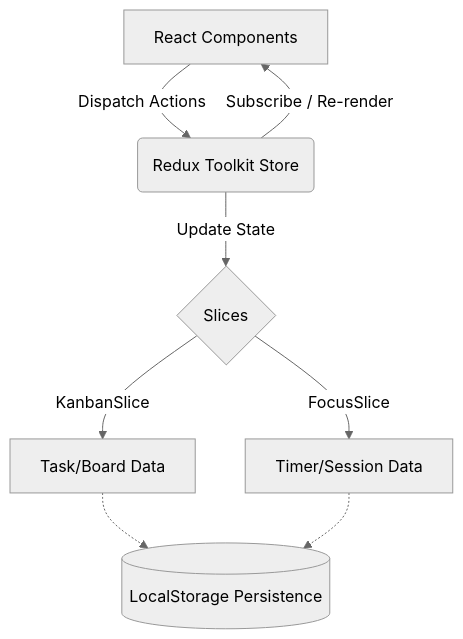
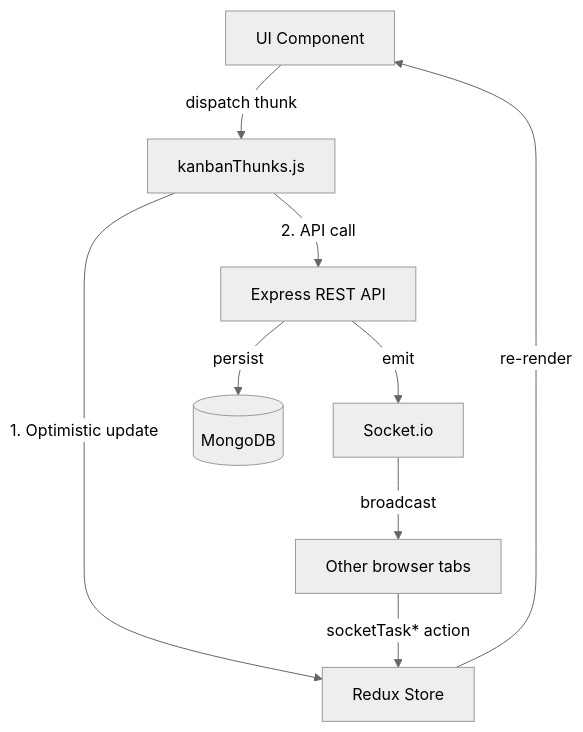
One commit to Aditya-Developer19/TaskFlow_Pro changed the diagram in README.md. Above: the diagram before and after it, drawn with Mermaid (neutral theme). The commit also changed other lines of this file and 36 other files, not shown here.

````diff
--- a/README.md
+++ b/README.md
@@ -70,11 +163,11 @@
 ```mermaid
-graph TD;
-    A[React Components] -->|Dispatch Actions| B(Redux Toolkit Store)
-    B -->|Update State| C{Slices}
-    C -->|KanbanSlice| D[Task/Board Data]
-    C -->|FocusSlice| E[Timer/Session Data]
-    B -->|Subscribe / Re-render| A
-    
-    D -.-> F[(LocalStorage Persistence)]
-    E -.-> F
+graph TD
+    A[UI Component] -->|dispatch thunk| B[kanbanThunks.js]
+    B -->|1. Optimistic update| C[Redux Store]
+    B -->|2. API call| D[Express REST API]
+    D -->|persist| E[(MongoDB)]
+    D -->|emit| F[Socket.io]
+    F -->|broadcast| G[Other browser tabs]
+    G -->|socketTask* action| C
+    C -->|re-render| A
 ```
````
